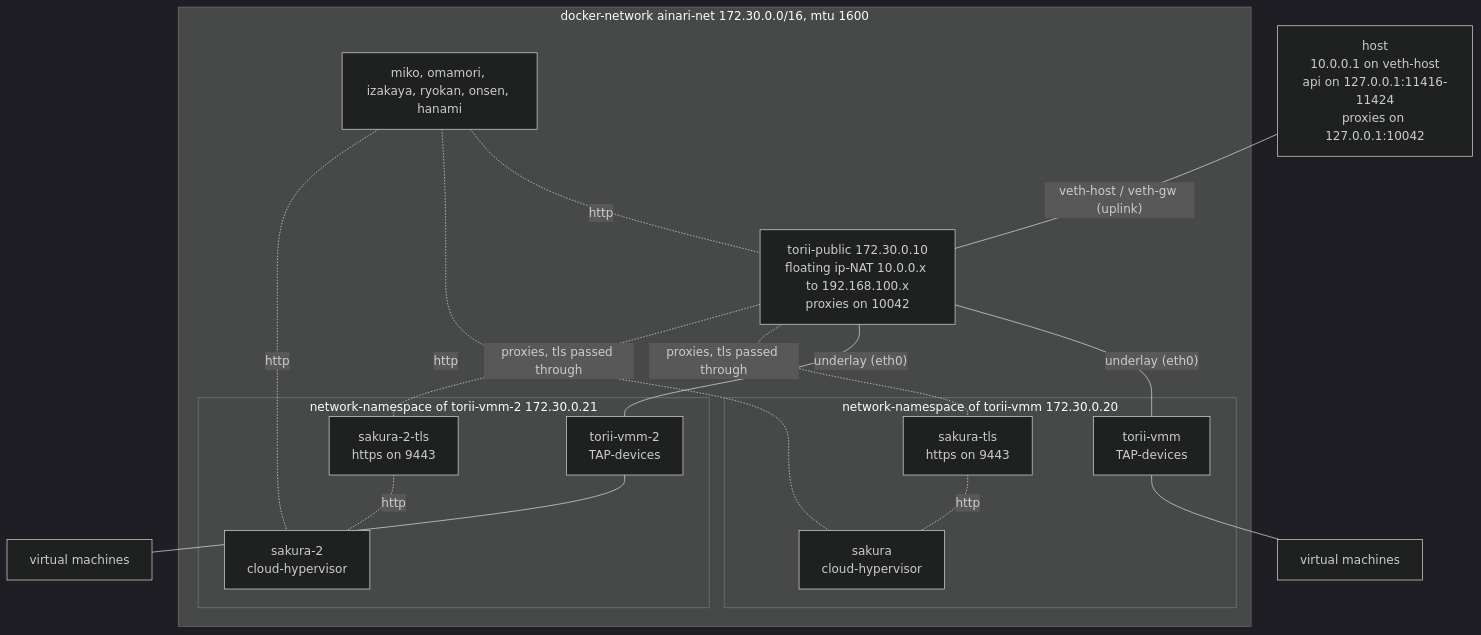
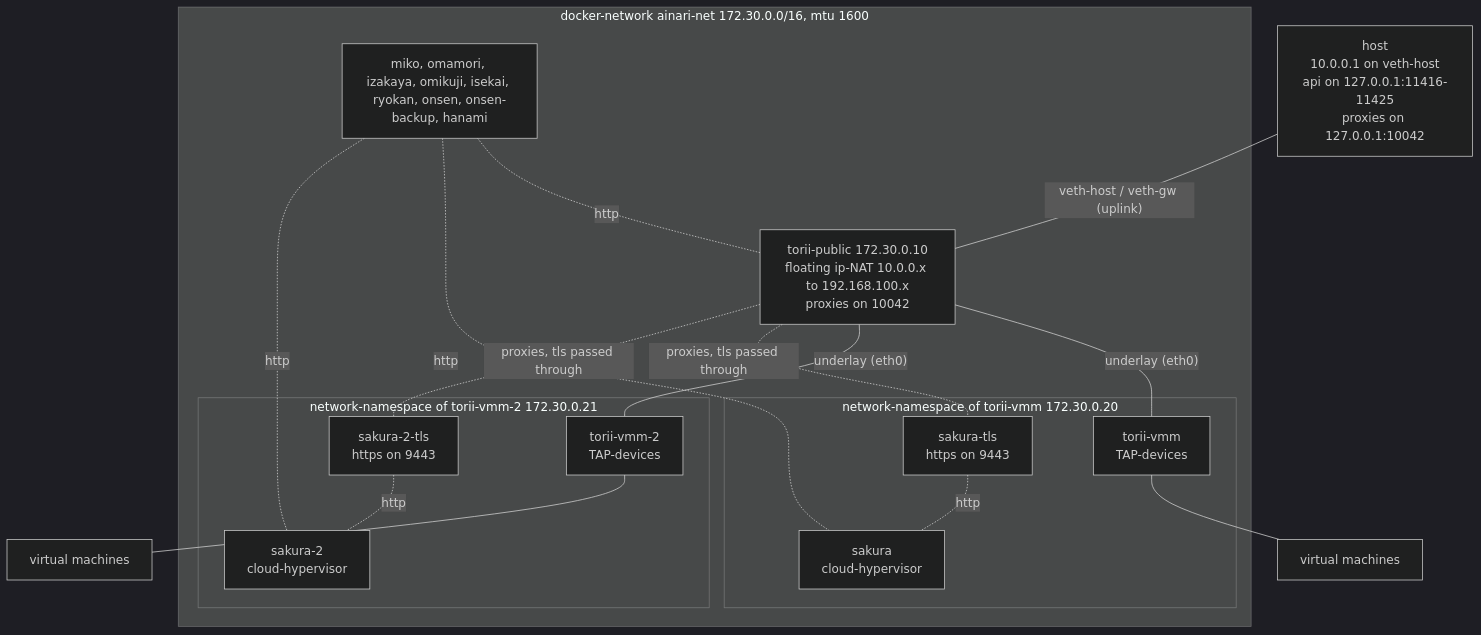
Before and after one commit to kitsudaiki/ainari: the diagram in docs/developer/local_testing/docker_compose_setup.md, drawn with Mermaid (dark theme). The commit also changed other lines of this file and 10 other files, not shown here.

````diff
--- a/docs/developer/local_testing/docker_compose_setup.md
+++ b/docs/developer/local_testing/docker_compose_setup.md
@@ -22,32 +22,32 @@
 ```mermaid
 flowchart TB
-    host["host<br/>10.0.0.1 on veth-host<br/>api on 127.0.0.1:11416-11424<br/>proxies on 127.0.0.1:10042"]
+    host["host<br/>10.0.0.1 on veth-host<br/>api on 127.0.0.1:11416-11425<br/>proxies on 127.0.0.1:10042"]
 
     subgraph docker["docker-network ainari-net 172.30.0.0/16, mtu 1600"]
         public["torii-public 172.30.0.10<br/>floating ip-NAT 10.0.0.x to 192.168.100.x<br/>proxies on 10042"]
-        control["miko, omamori, izakaya, ryokan, onsen, hanami"]
+        control["miko, omamori, izakaya, omikuji, isekai, ryokan, onsen, onsen-backup, hanami"]
         subgraph host1["network-namespace of torii-vmm 172.30.0.20"]
             vmm1["torii-vmm<br/>TAP-devices"]
             sakura1["sakura<br/>cloud-hypervisor"]
             tls1["sakura-tls<br/>https on 9443"]
         end
         subgraph host2["network-namespace of torii-vmm-2 172.30.0.21"]
             vmm2["torii-vmm-2<br/>TAP-devices"]
             sakura2["sakura-2<br/>cloud-hypervisor"]
             tls2["sakura-2-tls<br/>https on 9443"]
         end
     end
 
     host -- "veth-host / veth-gw (uplink)" --- public
     public -- "underlay (eth0)" --- vmm1
     public -- "underlay (eth0)" --- vmm2
     vmm1 --- vm1["virtual machines"]
     vmm2 --- vm2["virtual machines"]
     control -. "http" .- public
     control -. "http" .- sakura1
     control -. "http" .- sakura2
     public -. "proxies, tls passed through" .- tls1
     public -. "proxies, tls passed through" .- tls2
     tls1 -. "http" .- sakura1
     tls2 -. "http" .- sakura2
 ```
````
